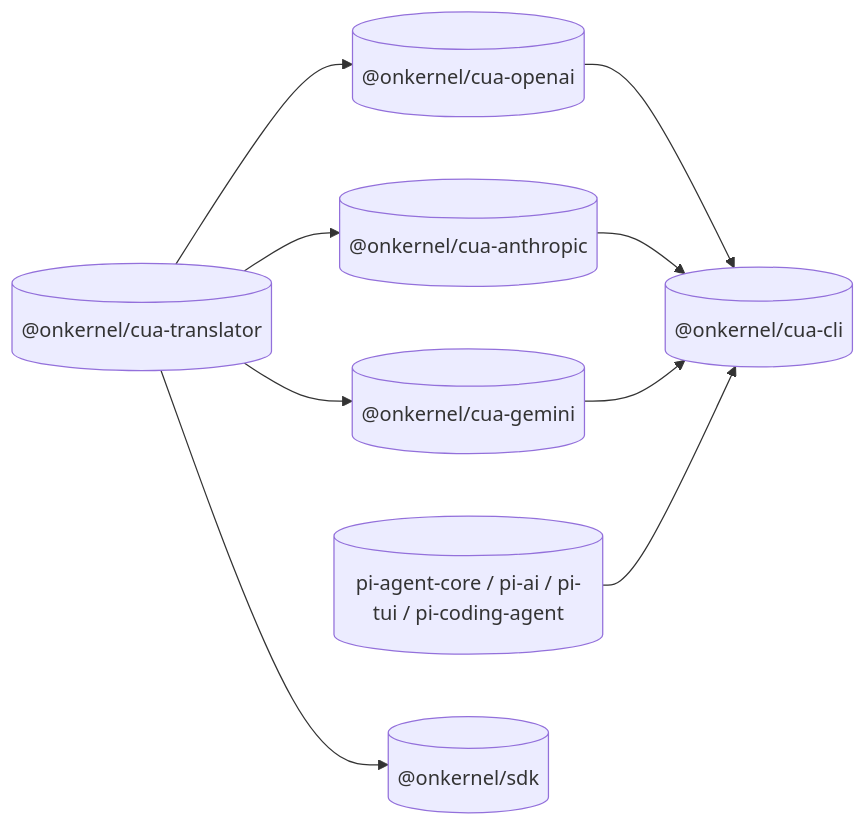
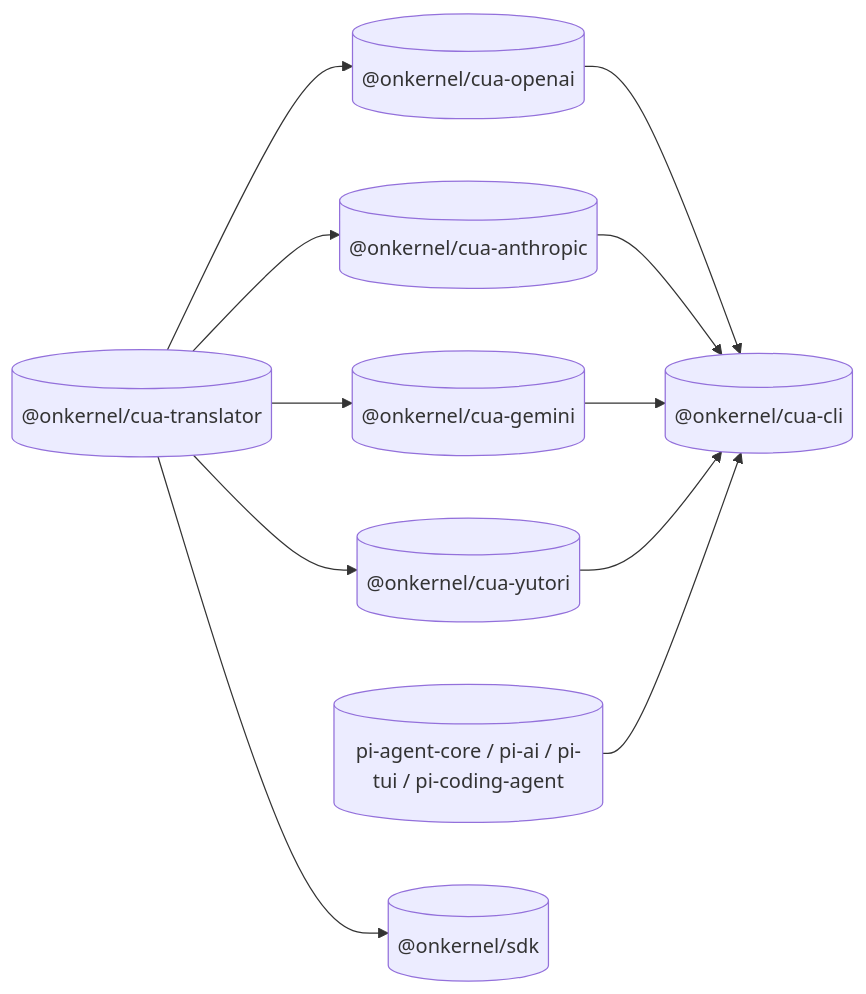
The diagram in README.md (kernel/cua), drawn with Mermaid before and after one commit. The commit also changed other lines of this file and 58 other files, not shown here.

````diff
--- a/README.md
+++ b/README.md
@@ -49,18 +53,21 @@
 ```mermaid
 flowchart LR
   trans[("@onkernel/cua-translator")]
   oai[("@onkernel/cua-openai")]
   ant[("@onkernel/cua-anthropic")]
   gem[("@onkernel/cua-gemini")]
+  yut[("@onkernel/cua-yutori")]
   cli[("@onkernel/cua-cli")]
   pi[("pi-agent-core / pi-ai / pi-tui / pi-coding-agent")]
   sdk[("@onkernel/sdk")]
   trans --> oai
   trans --> ant
   trans --> gem
+  trans --> yut
   trans --> sdk
   oai --> cli
   ant --> cli
   gem --> cli
+  yut --> cli
   pi --> cli
 ```
````
